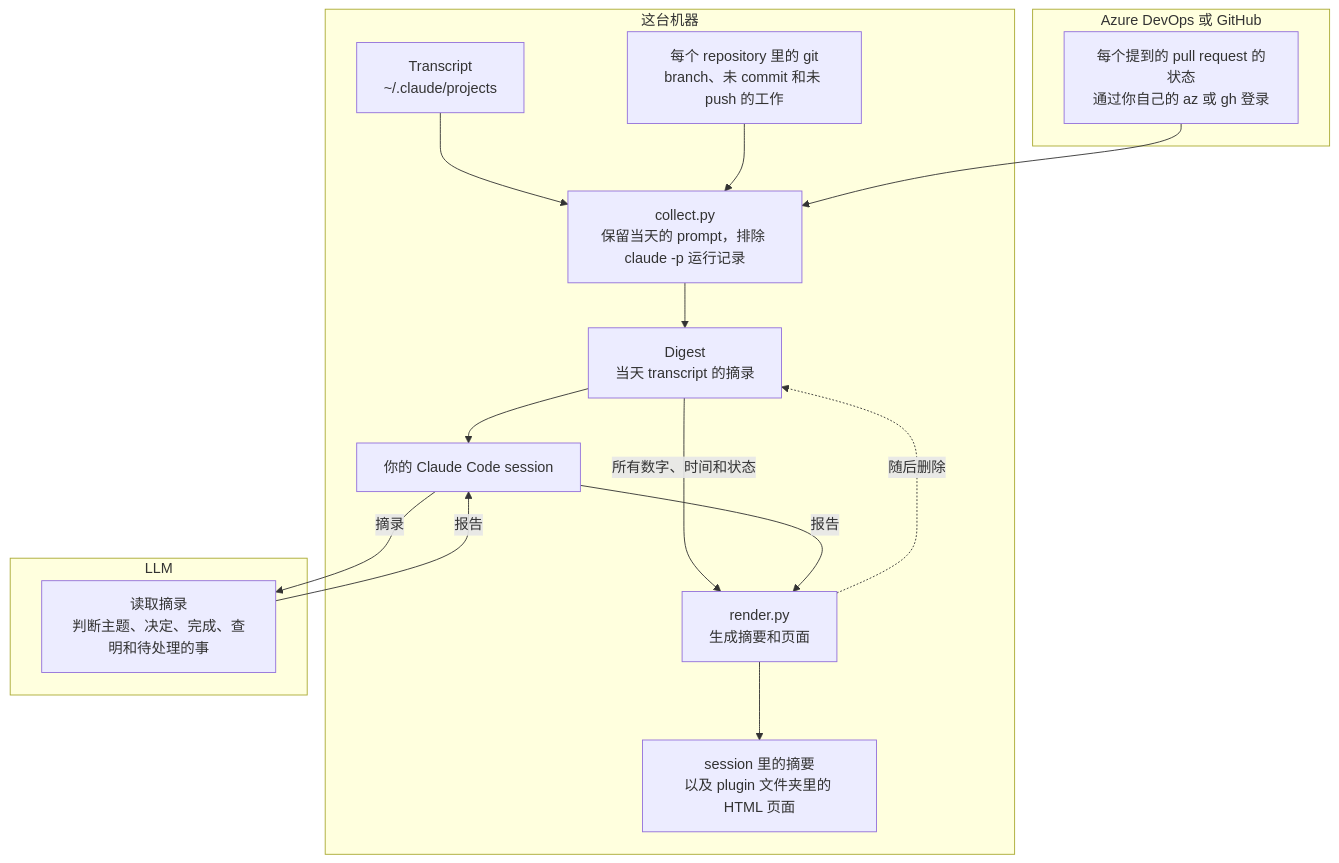
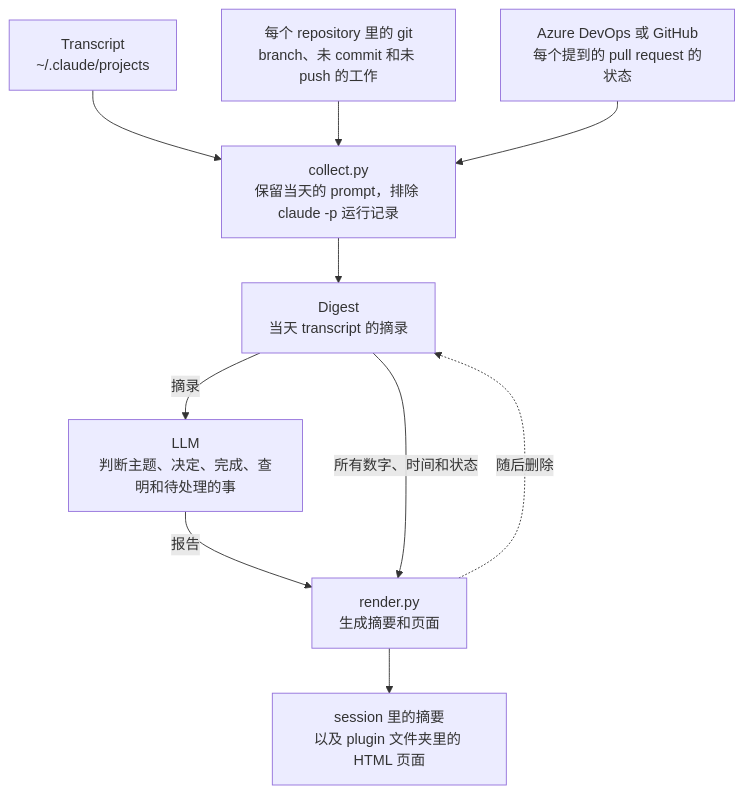
The diagram in plugins/remind-me/README.zh-CN.md (softwareone-platform/tundra), drawn with Mermaid before and after one commit. The commit also changed other lines of this file and 2 other files, not shown here.

Commit message:
show remind-me's flow without a fixed boundary

````diff
--- a/plugins/remind-me/README.zh-CN.md
+++ b/plugins/remind-me/README.zh-CN.md
@@ -41,22 +41,12 @@
 ```mermaid
 flowchart TB
-    subgraph machine["这台机器"]
-        transcripts["Transcript<br>~/.claude/projects"] --> collect
-        git["每个 repository 里的 git<br>branch、未 commit 和未 push 的工作"] --> collect
-        collect["collect.py<br>保留当天的 prompt，排除 claude -p 运行记录"] --> digest["Digest<br>当天 transcript 的摘录"]
-        digest --> session["你的 Claude Code session"]
-        digest -- 所有数字、时间和状态 --> render["render.py<br>生成摘要和页面"]
-        session -- 报告 --> render
-        render --> page["session 里的摘要<br>以及 plugin 文件夹里的 HTML 页面"]
-        render -. 随后删除 .-> digest
-    end
-    subgraph provider["LLM"]
-        model["读取摘录<br>判断主题、决定、完成、查明和待处理的事"]
-    end
-    subgraph host["Azure DevOps 或 GitHub"]
-        remote["每个提到的 pull request 的状态<br>通过你自己的 az 或 gh 登录"]
-    end
-    session -- 摘录 --> model
-    model -- 报告 --> session
-    remote --> collect
+    transcripts["Transcript<br>~/.claude/projects"] --> collect
+    git["每个 repository 里的 git<br>branch、未 commit 和未 push 的工作"] --> collect
+    remote["Azure DevOps 或 GitHub<br>每个提到的 pull request 的状态"] --> collect
+    collect["collect.py<br>保留当天的 prompt，排除 claude -p 运行记录"] --> digest["Digest<br>当天 transcript 的摘录"]
+    digest -- 摘录 --> model["LLM<br>判断主题、决定、完成、查明和待处理的事"]
+    model -- 报告 --> render["render.py<br>生成摘要和页面"]
+    digest -- 所有数字、时间和状态 --> render
+    render --> page["session 里的摘要<br>以及 plugin 文件夹里的 HTML 页面"]
+    render -. 随后删除 .-> digest
 ```
````
